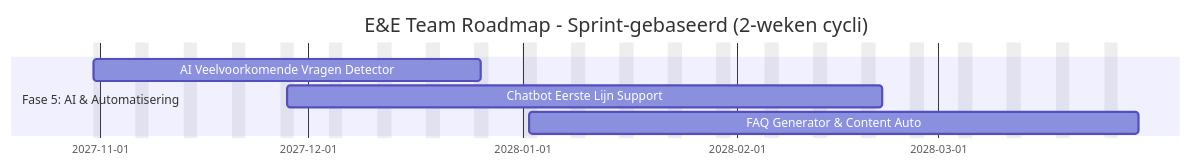
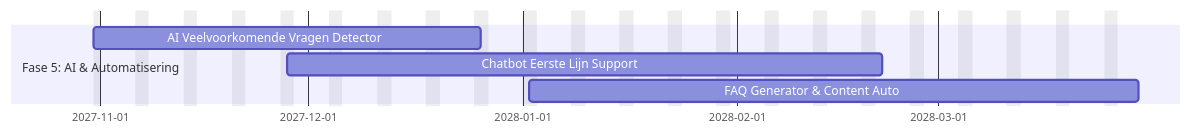
The sixth of 6 diagrams in ROADMAP.md (hbosscha-personal/enablement-engagement-roadmap), drawn with Mermaid before and after one commit. The commit also changed other lines of this file, not shown here.

First line of the commit message:
Revise E&E Team Roadmap for clarity and updates

````diff
--- a/ROADMAP.md
+++ b/ROADMAP.md
@@ -430,11 +429,11 @@
 ```mermaid
 gantt
-    title E&E Team Roadmap - Sprint-gebaseerd (2-weken cycli)
-    dateFormat YYYY-MM-DD
-    excludes    weekends
-    
-    section Fase 5: AI & Automatisering
-    AI Veelvoorkomende Vragen Detector         :p5_ai,     2027-10-31, 2027-12-26
-    Chatbot Eerste Lijn Support                :p5_chatbot, 2027-11-28, 2028-02-22
-    FAQ Generator & Content Auto               :p5_faq,    2028-01-02, 2028-03-30
+    dateFormat YYYY-MM-DD
+    excludes    weekends
+    todayMarker stroke-width:3px,stroke:#0f0,opacity:0.5
+    
+    section Fase 5: AI & Automatisering
+    AI Veelvoorkomende Vragen Detector         :p5_ai,     2027-10-31, 2027-12-26
+    Chatbot Eerste Lijn Support                :p5_chatbot, 2027-11-28, 2028-02-22
+    FAQ Generator & Content Auto               :p5_faq,    2028-01-02, 2028-03-30
 ```
````
